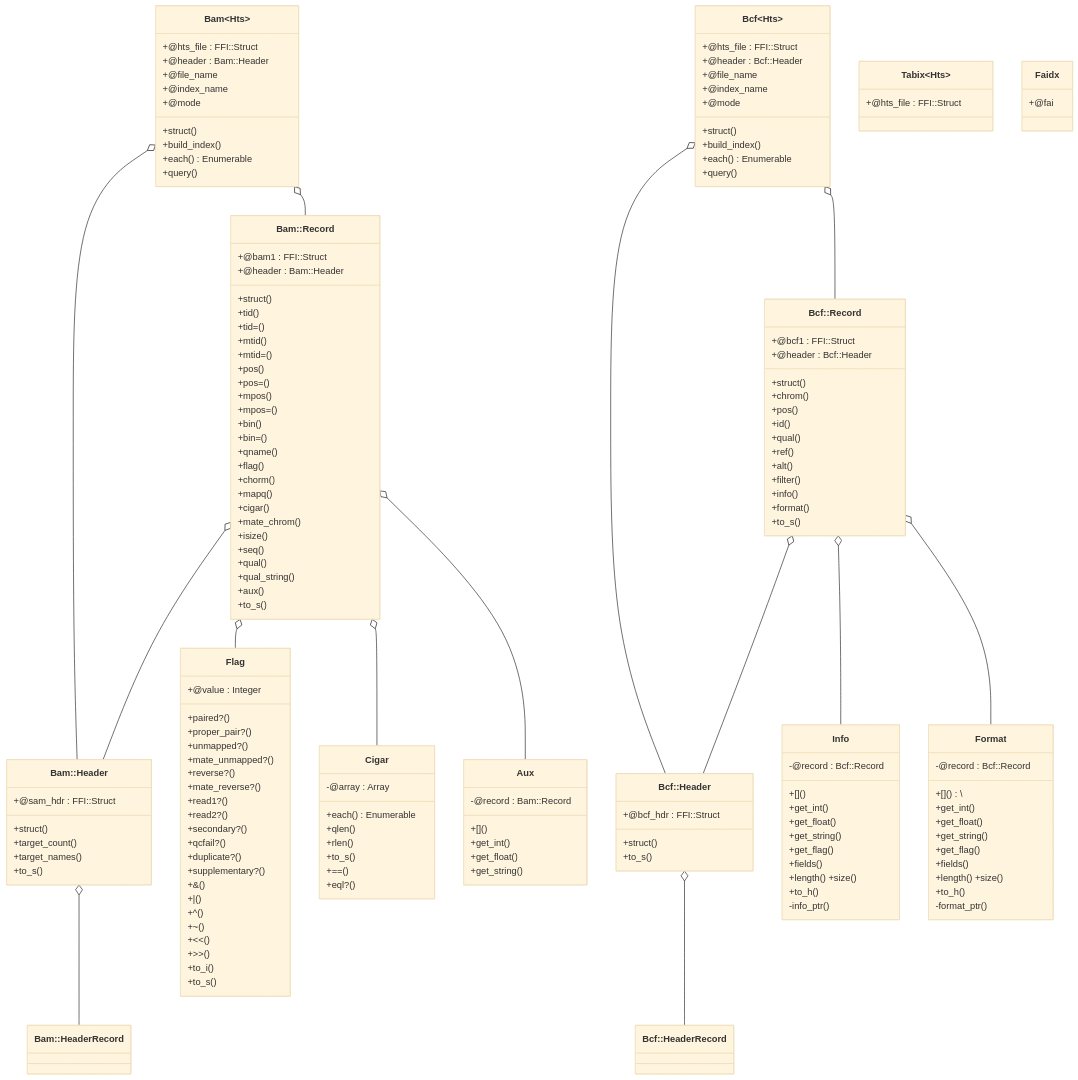
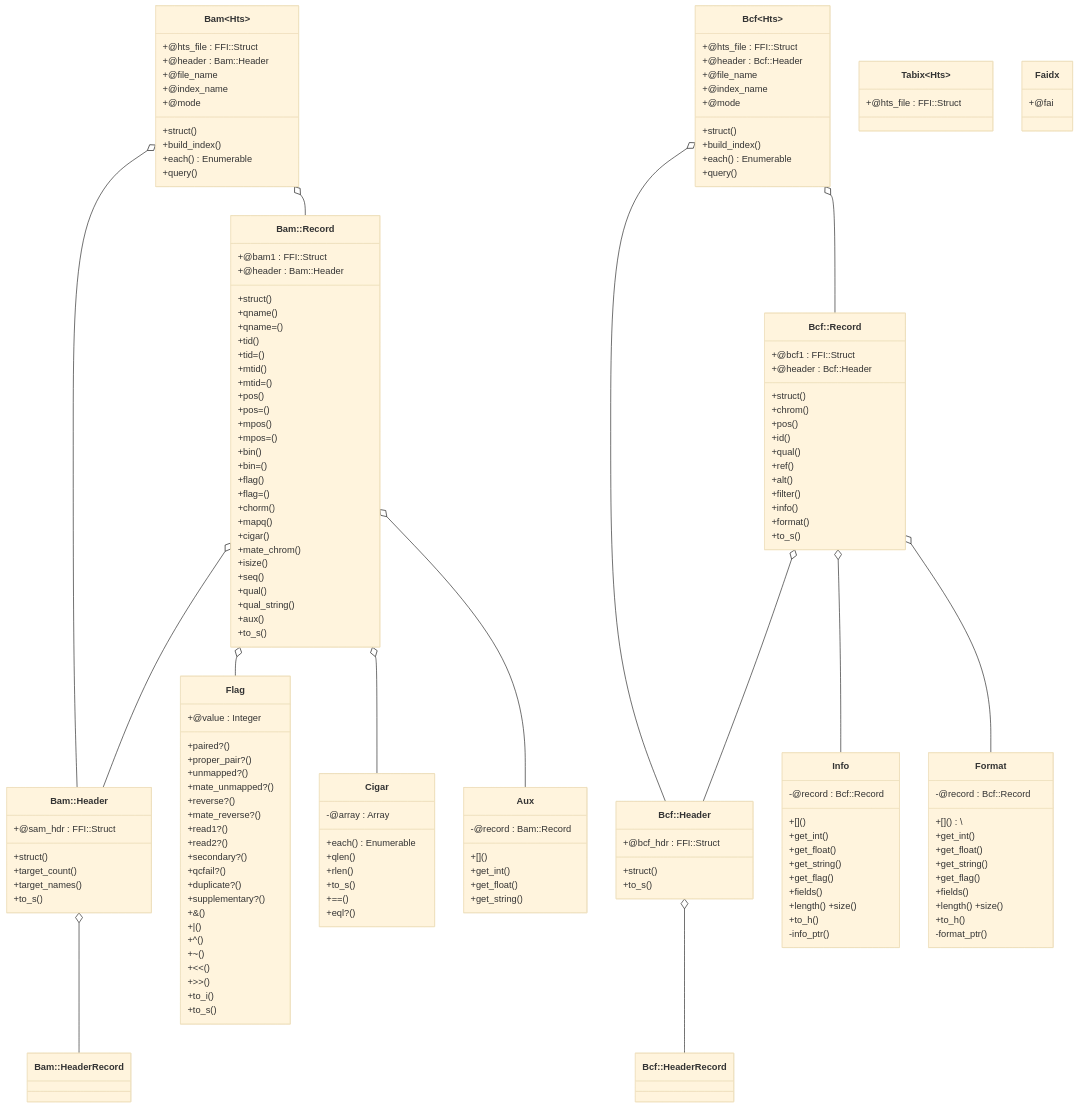
Before and after one commit to kojix2/ruby-htslib: the diagram in TUTORIAL.md, drawn with Mermaid.

```diff
--- a/TUTORIAL.md
+++ b/TUTORIAL.md
@@ -52,6 +52,8 @@
   +@bam1 : FFI::Struct
   +@header : Bam::Header
   +struct()
+  +qname()
+  +qname=()
   +tid()
   +tid=()
   +mtid()
@@ -62,8 +64,8 @@
   +mpos=()
   +bin()
   +bin=()
-  +qname()
   +flag()
+  +flag=()
   +chorm()
   +mapq()
   +cigar()
```
